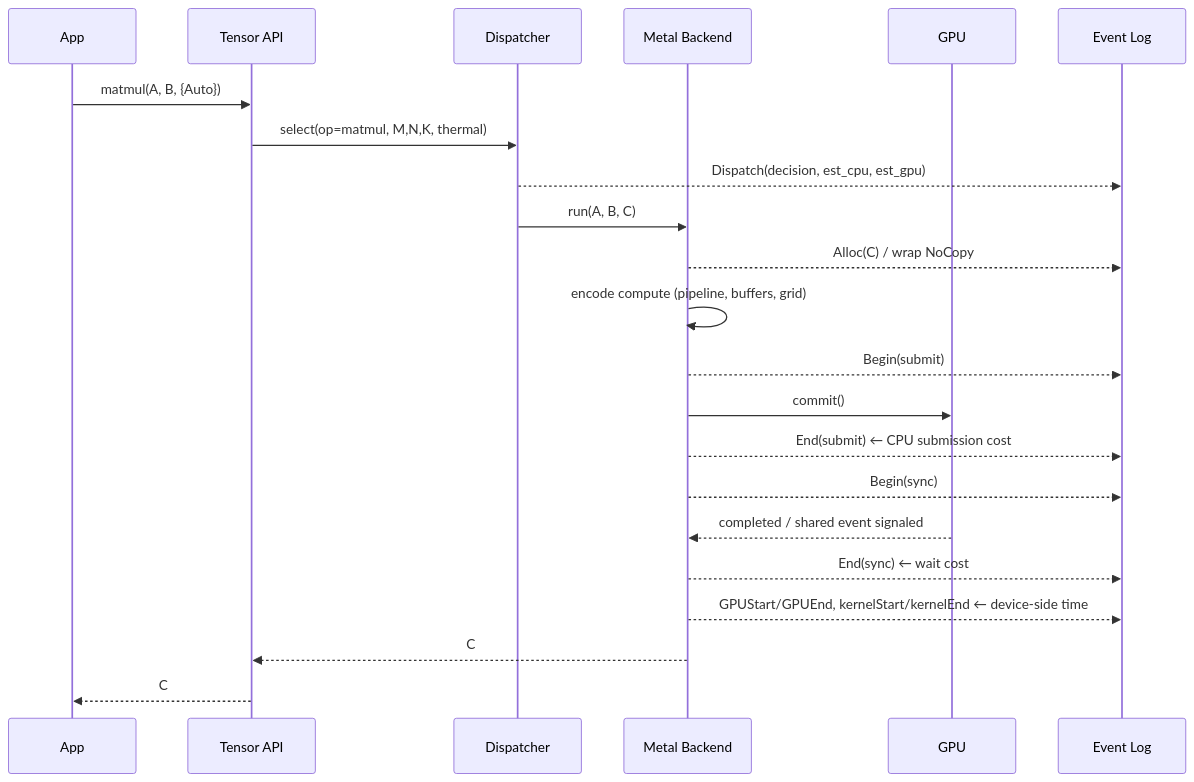
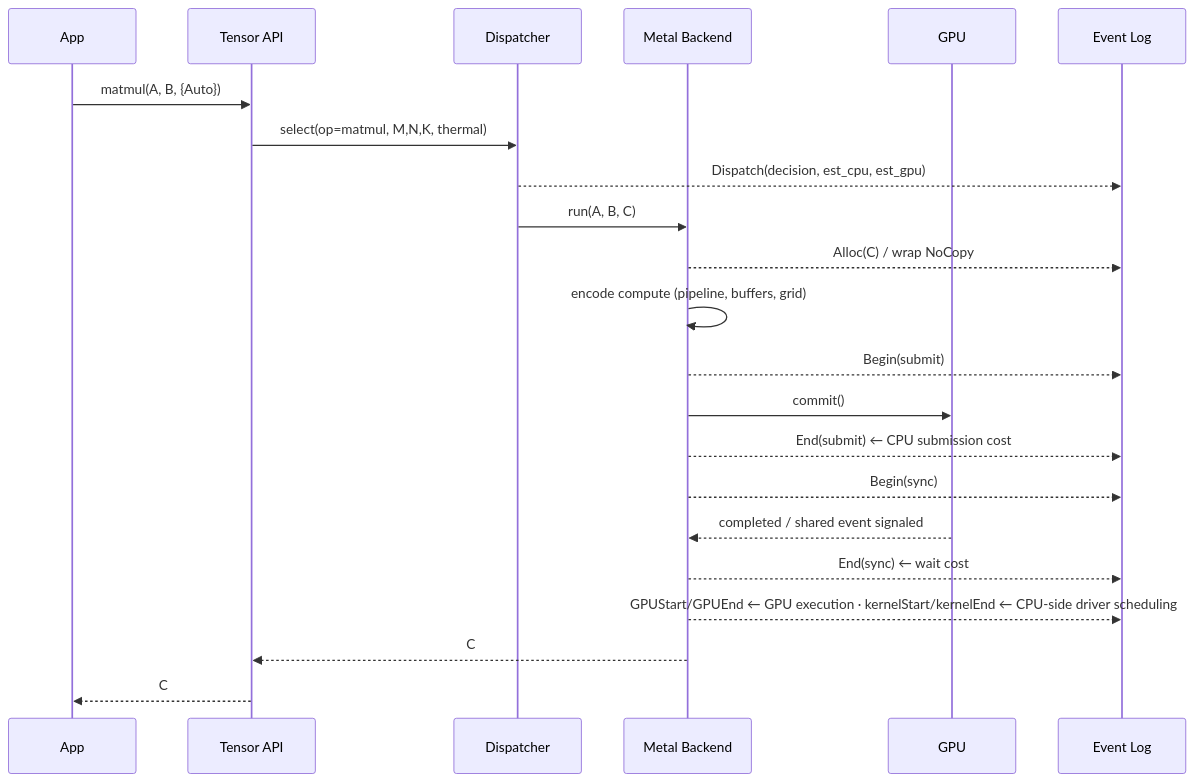
One commit to bibek198/ComputeEdge changed the fifth of 8 diagrams in docs/plan_and_architecture.md. Above: the diagram before and after it, drawn with Mermaid. The commit also changed other lines of this file and 2 other files, not shown here.

````diff
--- a/docs/plan_and_architecture.md
+++ b/docs/plan_and_architecture.md
@@ -191,24 +192,24 @@
 ```mermaid
 sequenceDiagram
     participant App
     participant API as Tensor API
     participant D as Dispatcher
     participant M as Metal Backend
     participant GPU
     participant L as Event Log
     App->>API: matmul(A, B, {Auto})
     API->>D: select(op=matmul, M,N,K, thermal)
     D-->>L: Dispatch(decision, est_cpu, est_gpu)
     D->>M: run(A, B, C)
     M-->>L: Alloc(C) / wrap NoCopy
     M->>M: encode compute (pipeline, buffers, grid)
     M-->>L: Begin(submit)
     M->>GPU: commit()
     M-->>L: End(submit)  ← CPU submission cost
     M-->>L: Begin(sync)
     GPU-->>M: completed / shared event signaled
     M-->>L: End(sync)    ← wait cost
-    M-->>L: GPUStart/GPUEnd, kernelStart/kernelEnd  ← device-side time
+    M-->>L: GPUStart/GPUEnd ← GPU execution · kernelStart/kernelEnd ← CPU-side driver scheduling
     M-->>API: C
     API-->>App: C
 ```
````
